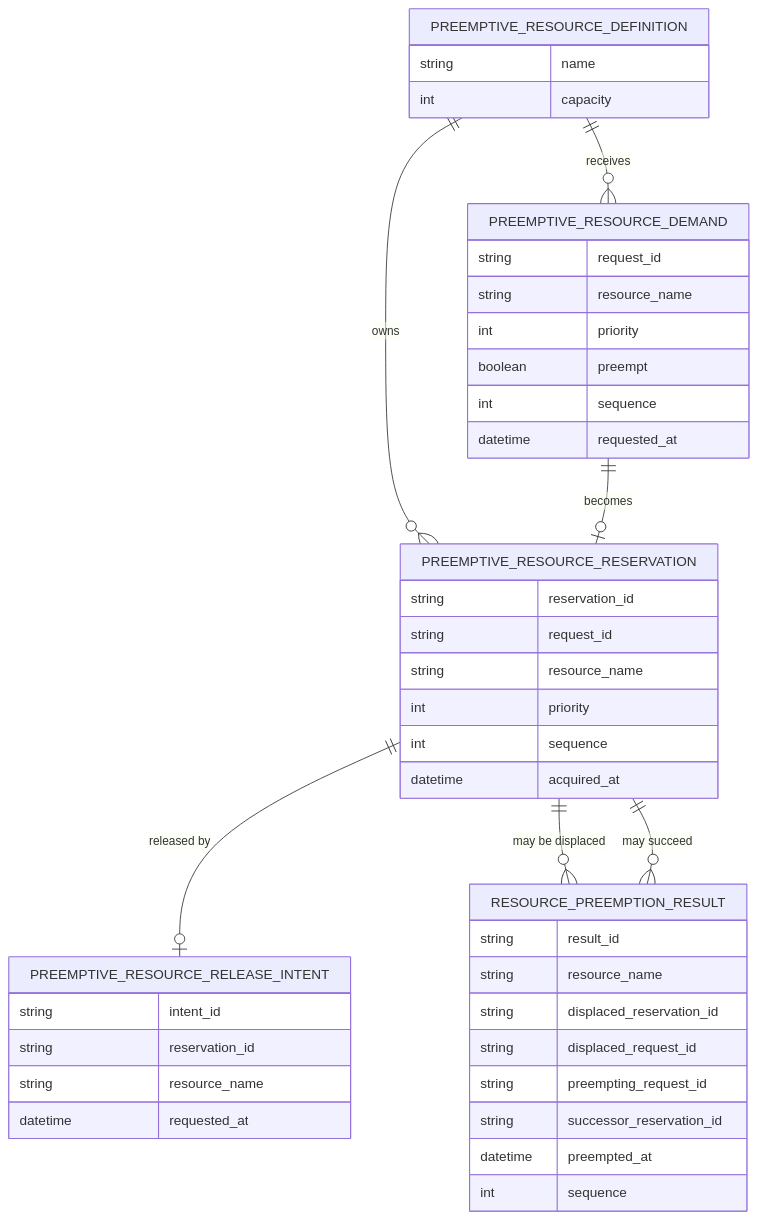
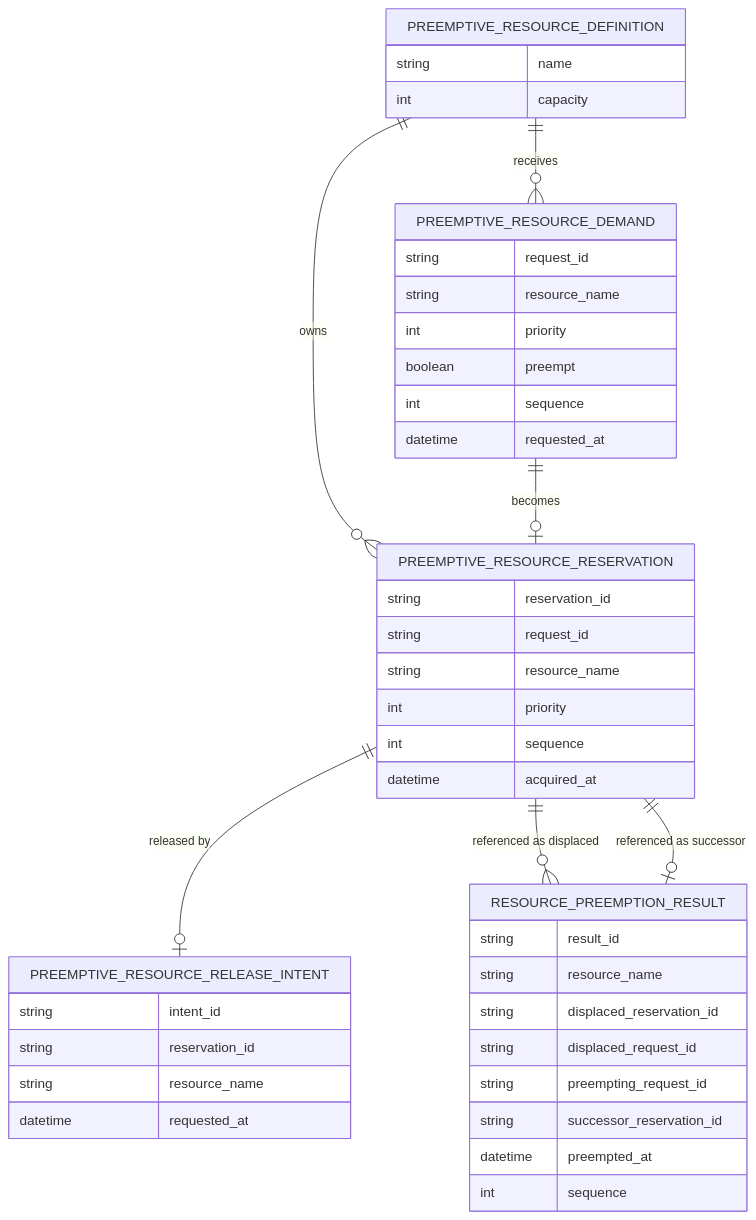
Before and after one commit to brunolnetto/sose: the third of 5 diagrams in docs/architecture/persistent-model.md, drawn with Mermaid. The commit also changed other lines of this file, not shown here.

````diff
--- a/docs/architecture/persistent-model.md
+++ b/docs/architecture/persistent-model.md
@@ -124,50 +134,50 @@
 ```mermaid
 erDiagram
     PREEMPTIVE_RESOURCE_DEFINITION ||--o{ PREEMPTIVE_RESOURCE_DEMAND : "receives"
     PREEMPTIVE_RESOURCE_DEFINITION ||--o{ PREEMPTIVE_RESOURCE_RESERVATION : "owns"
     PREEMPTIVE_RESOURCE_DEMAND ||--o| PREEMPTIVE_RESOURCE_RESERVATION : "becomes"
     PREEMPTIVE_RESOURCE_RESERVATION ||--o| PREEMPTIVE_RESOURCE_RELEASE_INTENT : "released by"
-    PREEMPTIVE_RESOURCE_RESERVATION ||--o{ RESOURCE_PREEMPTION_RESULT : "may be displaced"
-    PREEMPTIVE_RESOURCE_RESERVATION ||--o{ RESOURCE_PREEMPTION_RESULT : "may succeed"
+    PREEMPTIVE_RESOURCE_RESERVATION ||--o{ RESOURCE_PREEMPTION_RESULT : "referenced as displaced"
+    PREEMPTIVE_RESOURCE_RESERVATION ||--o| RESOURCE_PREEMPTION_RESULT : "referenced as successor"
 
     PREEMPTIVE_RESOURCE_DEFINITION {
         string name
         int capacity
     }
 
     PREEMPTIVE_RESOURCE_DEMAND {
         string request_id
         string resource_name
         int priority
         boolean preempt
         int sequence
         datetime requested_at
     }
 
     PREEMPTIVE_RESOURCE_RESERVATION {
         string reservation_id
         string request_id
         string resource_name
         int priority
         int sequence
         datetime acquired_at
     }
 
     PREEMPTIVE_RESOURCE_RELEASE_INTENT {
         string intent_id
         string reservation_id
         string resource_name
         datetime requested_at
     }
 
     RESOURCE_PREEMPTION_RESULT {
         string result_id
         string resource_name
         string displaced_reservation_id
         string displaced_request_id
         string preempting_request_id
         string successor_reservation_id
         datetime preempted_at
         int sequence
     }
 ```
````
